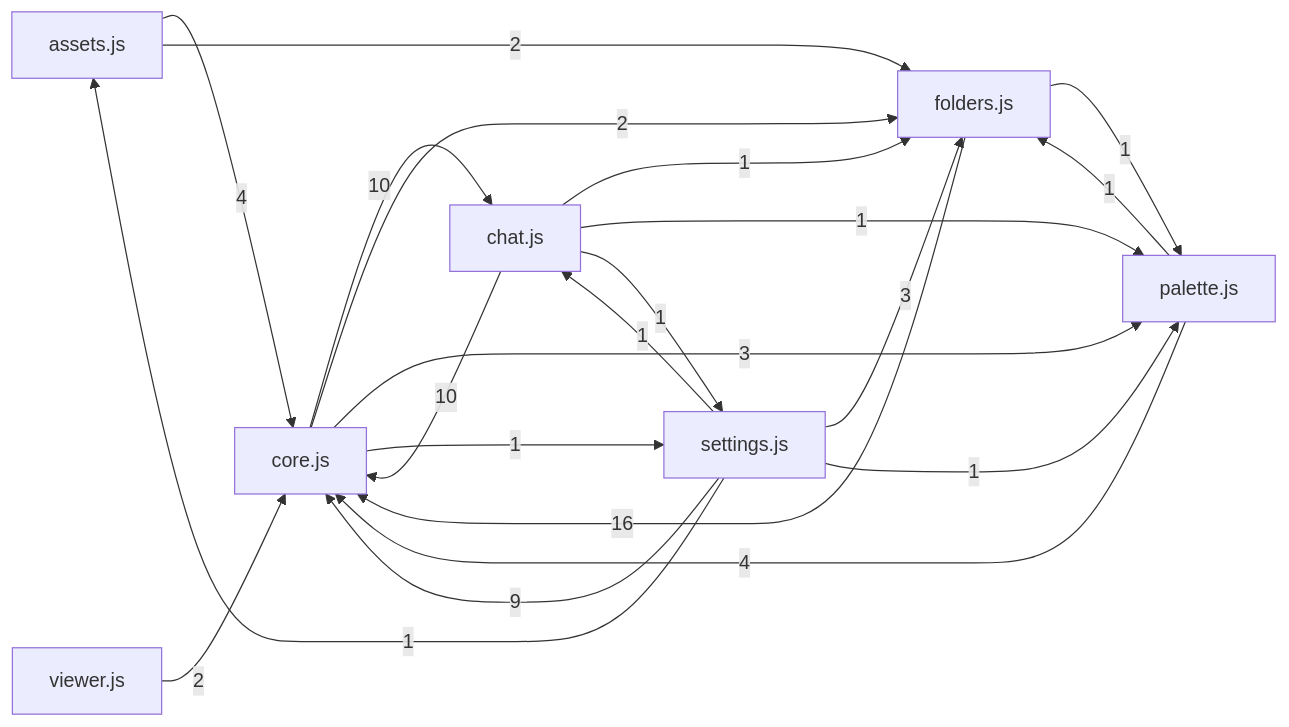
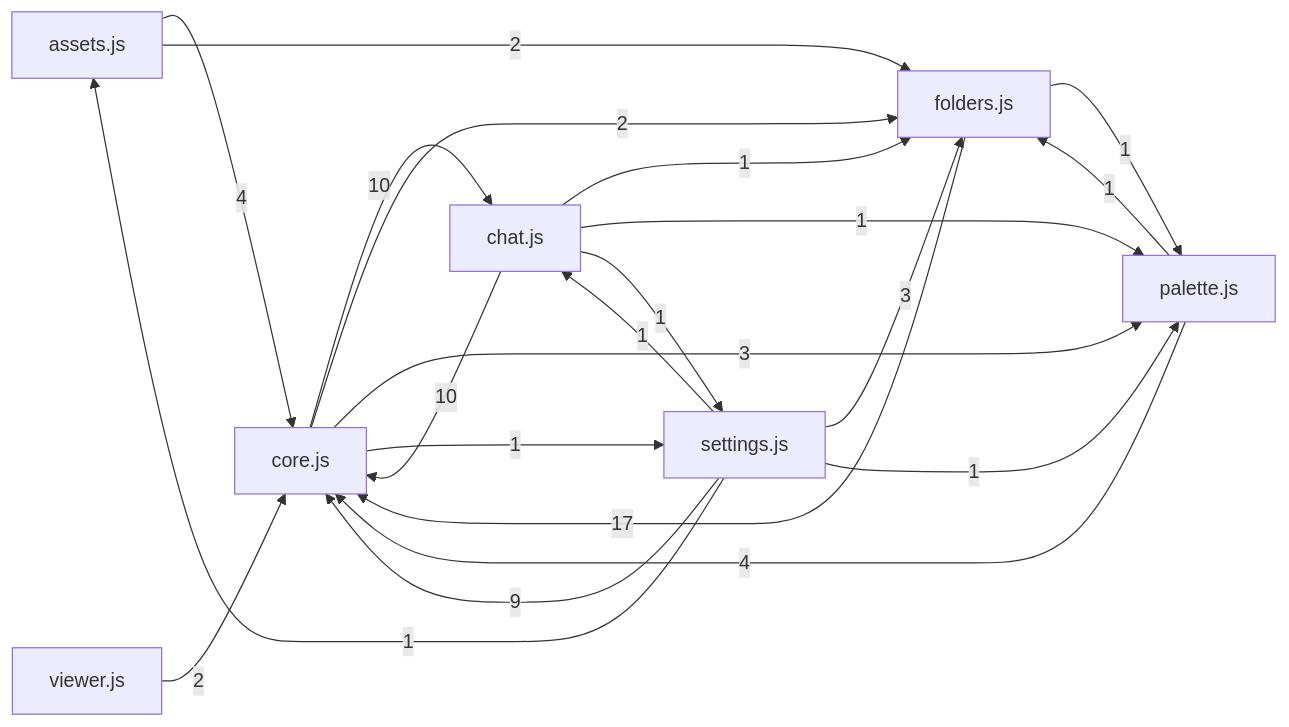
One commit to Zenginby/kromis changed the diagram in docs/graflar/onyuz.md. Above: the diagram before and after it, drawn with Mermaid. The commit also changed other lines of this file and 8 other files, not shown here.

````diff
--- a/docs/graflar/onyuz.md
+++ b/docs/graflar/onyuz.md
@@ -23,23 +23,23 @@
 ```mermaid
 flowchart LR
   n_assets_js["assets.js"] -->|4| n_core_js["core.js"]
   n_assets_js["assets.js"] -->|2| n_folders_js["folders.js"]
   n_chat_js["chat.js"] -->|10| n_core_js["core.js"]
   n_chat_js["chat.js"] -->|1| n_folders_js["folders.js"]
   n_chat_js["chat.js"] -->|1| n_palette_js["palette.js"]
   n_chat_js["chat.js"] -->|1| n_settings_js["settings.js"]
   n_core_js["core.js"] -->|10| n_chat_js["chat.js"]
   n_core_js["core.js"] -->|2| n_folders_js["folders.js"]
   n_core_js["core.js"] -->|3| n_palette_js["palette.js"]
   n_core_js["core.js"] -->|1| n_settings_js["settings.js"]
-  n_folders_js["folders.js"] -->|16| n_core_js["core.js"]
+  n_folders_js["folders.js"] -->|17| n_core_js["core.js"]
   n_folders_js["folders.js"] -->|1| n_palette_js["palette.js"]
   n_palette_js["palette.js"] -->|4| n_core_js["core.js"]
   n_palette_js["palette.js"] -->|1| n_folders_js["folders.js"]
   n_settings_js["settings.js"] -->|1| n_assets_js["assets.js"]
   n_settings_js["settings.js"] -->|1| n_chat_js["chat.js"]
   n_settings_js["settings.js"] -->|9| n_core_js["core.js"]
   n_settings_js["settings.js"] -->|3| n_folders_js["folders.js"]
   n_settings_js["settings.js"] -->|1| n_palette_js["palette.js"]
   n_viewer_js["viewer.js"] -->|2| n_core_js["core.js"]
 ```
````
